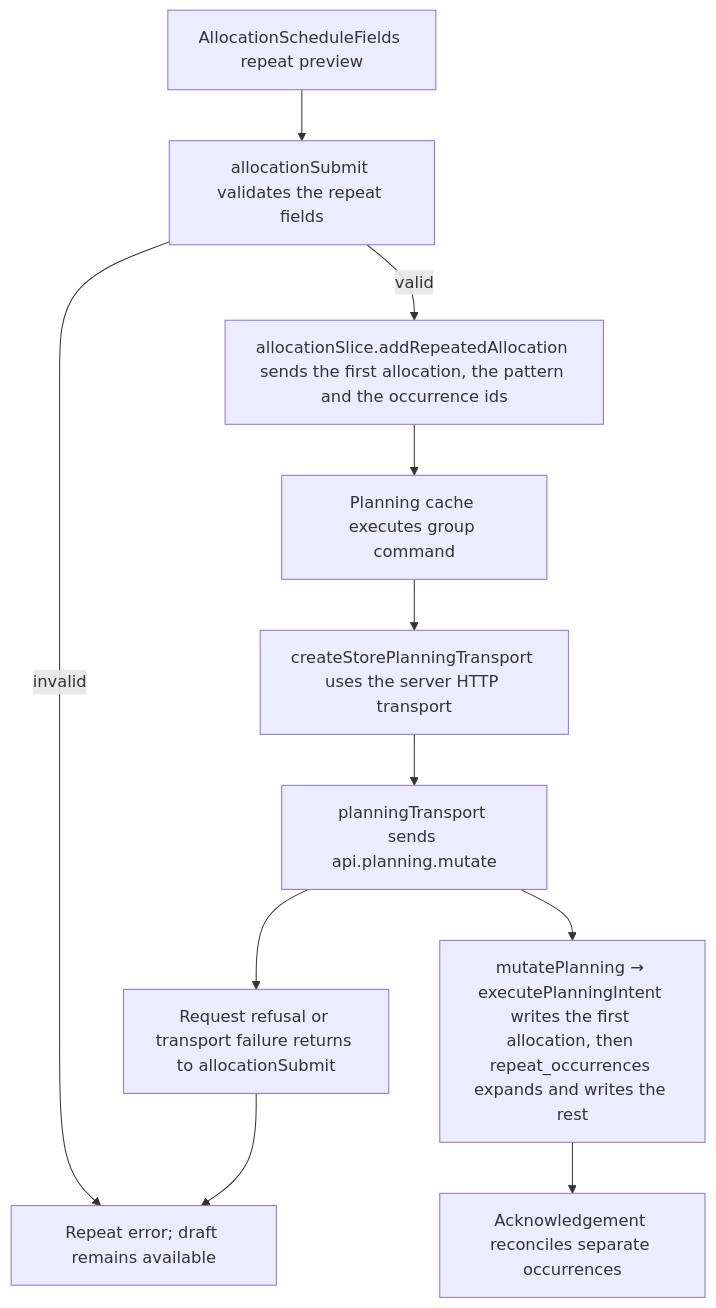
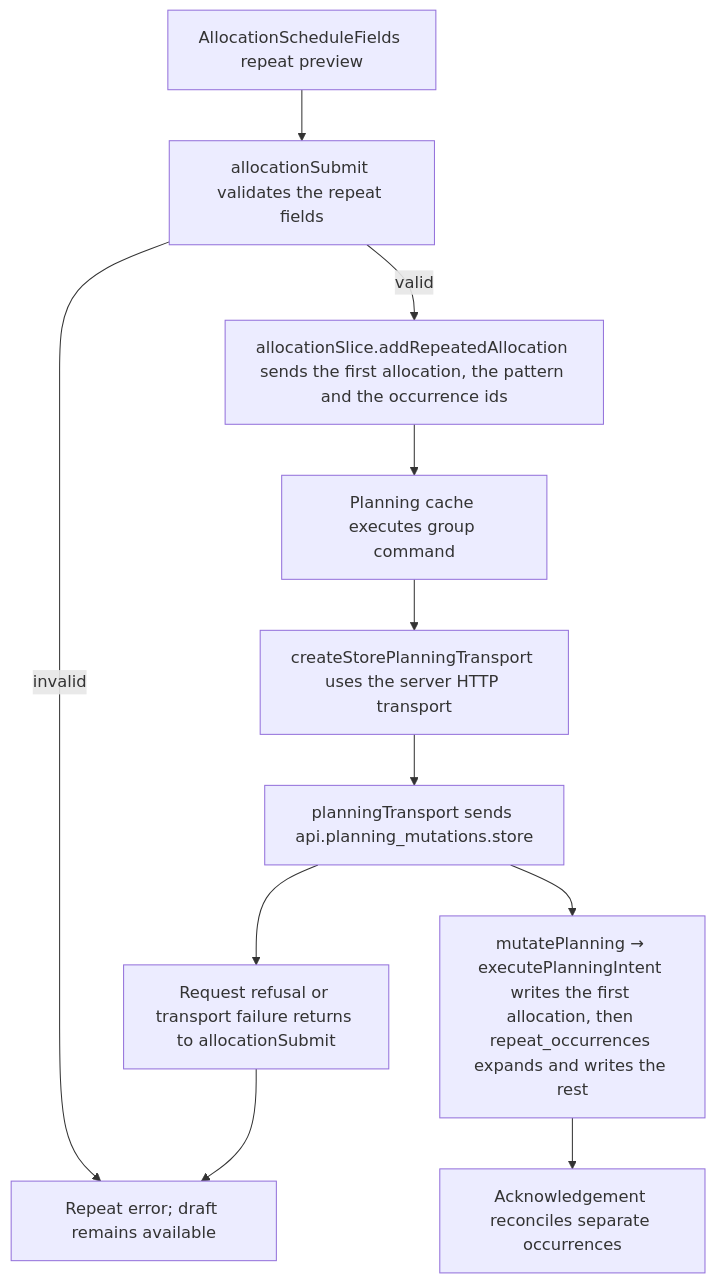
The second of 2 diagrams in user-stories/allocation/US-ALL-09-repeat-creation.md (Kevinjohn/capacitylens), drawn with Mermaid before and after one commit. The commit also changed 153 other files, not shown here.

````diff
--- a/user-stories/allocation/US-ALL-09-repeat-creation.md
+++ b/user-stories/allocation/US-ALL-09-repeat-creation.md
@@ -45,13 +45,13 @@
 ```mermaid
 flowchart TD
   A["AllocationScheduleFields repeat preview"] --> B["allocationSubmit validates the repeat fields"]
   B -->|valid| C["allocationSlice.addRepeatedAllocation sends the first allocation, the pattern and the occurrence ids"]
   B -->|invalid| I["Repeat/date error; no write"]
   C --> D["Planning cache executes group command"]
   D --> E["createStorePlanningTransport uses the server HTTP transport"]
-  E --> F["planningTransport sends api.planning.mutate"]
+  E --> F["planningTransport sends api.planning_mutations.store"]
   F --> J["Request refusal or transport failure returns to allocationSubmit"]
   J --> I["Repeat error; draft remains available"]
   F --> G["mutatePlanning → executePlanningIntent writes the first allocation, then repeat_occurrences expands and writes the rest"]
   G --> H["Acknowledgement reconciles separate occurrences"]
 ```
````
